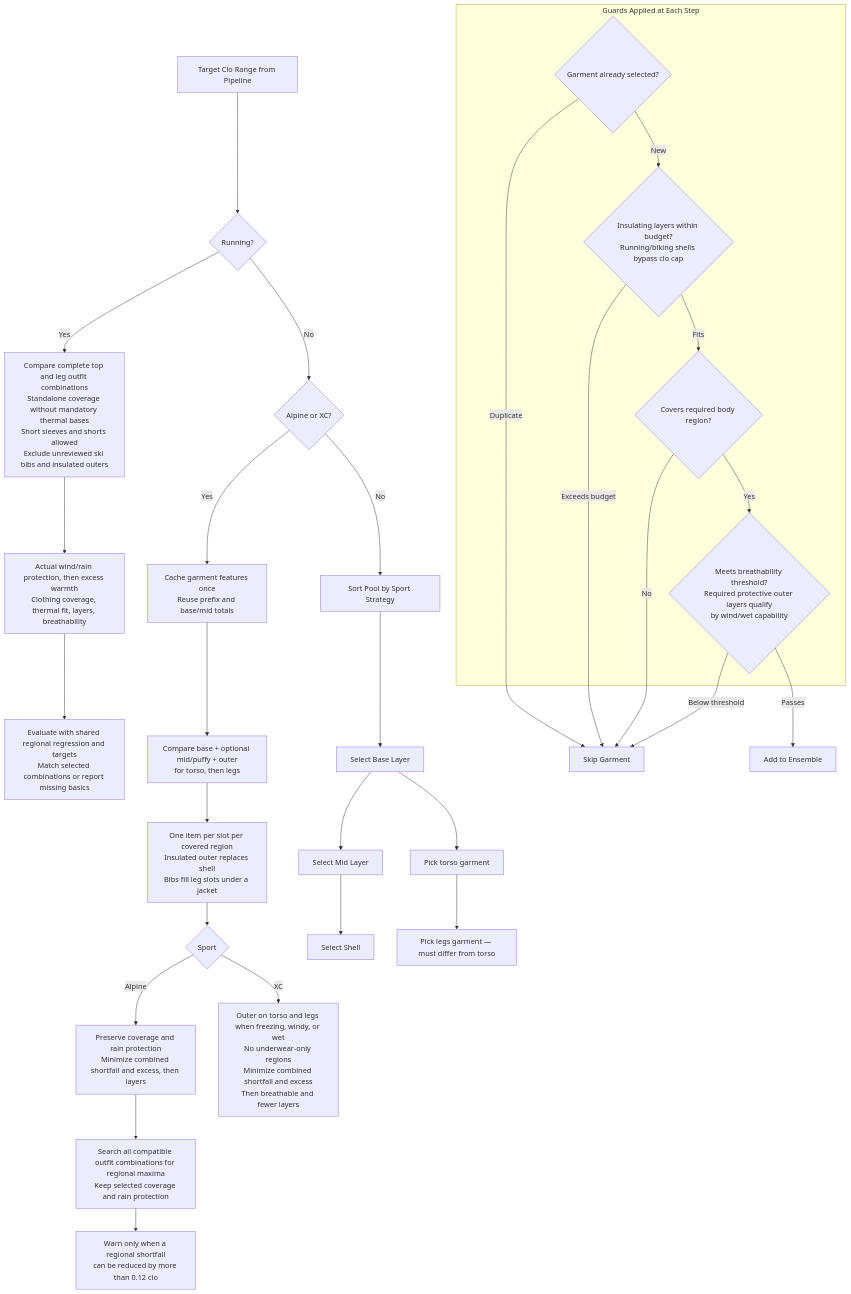
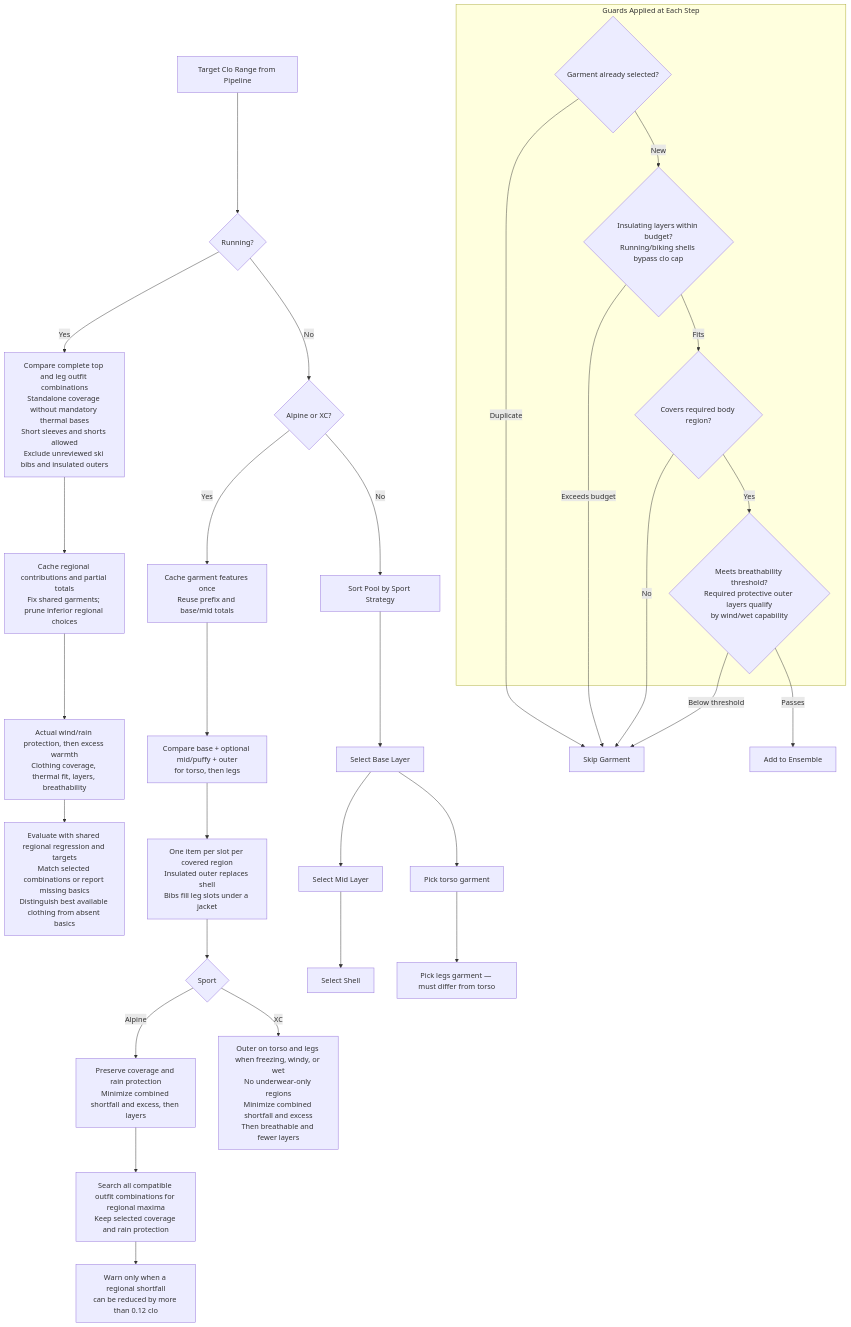
One commit to derobertsw/swttr changed the third of 7 diagrams in README.md. Above: the diagram before and after it, drawn with Mermaid. The commit also changed other lines of this file and 10 other files, not shown here.

````diff
--- a/README.md
+++ b/README.md
@@ -139,39 +139,40 @@
 ```mermaid
 graph TD
     START[Target Clo Range from Pipeline] --> RUNNING{Running?}
     RUNNING -->|Yes| RUNOPT[Compare complete top and leg outfit combinations<br/>Standalone coverage without mandatory thermal bases<br/>Short sleeves and shorts allowed<br/>Exclude unreviewed ski bibs and insulated outers]
-    RUNOPT --> RUNRANK[Actual wind/rain protection, then excess warmth<br/>Clothing coverage, thermal fit, layers, breathability]
-    RUNRANK --> RUNREQ[Evaluate with shared regional regression and targets<br/>Match selected combinations or report missing basics]
+    RUNOPT --> RCACHE[Cache regional contributions and partial totals<br/>Fix shared garments; prune inferior regional choices]
+    RCACHE --> RUNRANK[Actual wind/rain protection, then excess warmth<br/>Clothing coverage, thermal fit, layers, breathability]
+    RUNRANK --> RUNREQ[Evaluate with shared regional regression and targets<br/>Match selected combinations or report missing basics<br/>Distinguish best available clothing from absent basics]
     RUNNING -->|No| SPORT{Alpine or XC?}
     SPORT -->|Yes| CACHE[Cache garment features once<br/>Reuse prefix and base/mid totals]
     CACHE --> COMB[Compare base + optional mid/puffy + outer<br/>for torso, then legs]
     COMB --> CAP[One item per slot per covered region<br/>Insulated outer replaces shell<br/>Bibs fill leg slots under a jacket]
     CAP --> RANK{Sport}
     RANK -->|Alpine| REG[Preserve coverage and rain protection<br/>Minimize combined shortfall and excess, then layers]
     REG --> WARM[Search all compatible outfit combinations for regional maxima<br/>Keep selected coverage and rain protection]
     WARM --> WARN[Warn only when a regional shortfall<br/>can be reduced by more than 0.12 clo]
     RANK -->|XC| XREG[Outer on torso and legs when freezing, windy, or wet<br/>No underwear-only regions<br/>Minimize combined shortfall and excess<br/>Then breathable and fewer layers]
     SPORT -->|No| SORT[Sort Pool by Sport Strategy]
     SORT --> BASE[Select Base Layer]
     BASE --> MID[Select Mid Layer]
     MID --> SHELL[Select Shell]
 
     BASE --> T1[Pick torso garment]
     T1 --> L1[Pick legs garment — must differ from torso]
 
     subgraph "Guards Applied at Each Step"
         G1{Garment already selected?}
         G2{Insulating layers within budget?<br/>Running/biking shells bypass clo cap}
         G3{Covers required body region?}
         G4{Meets breathability threshold?<br/>Required protective outer layers qualify<br/>by wind/wet capability}
     end
 
     G1 -->|Duplicate| SKIP[Skip Garment]
     G1 -->|New| G2
     G2 -->|Exceeds budget| SKIP
     G2 -->|Fits| G3
     G3 -->|No| SKIP
     G3 -->|Yes| G4
     G4 -->|Below threshold| SKIP
     G4 -->|Passes| ADD[Add to Ensemble]
 ```
````
